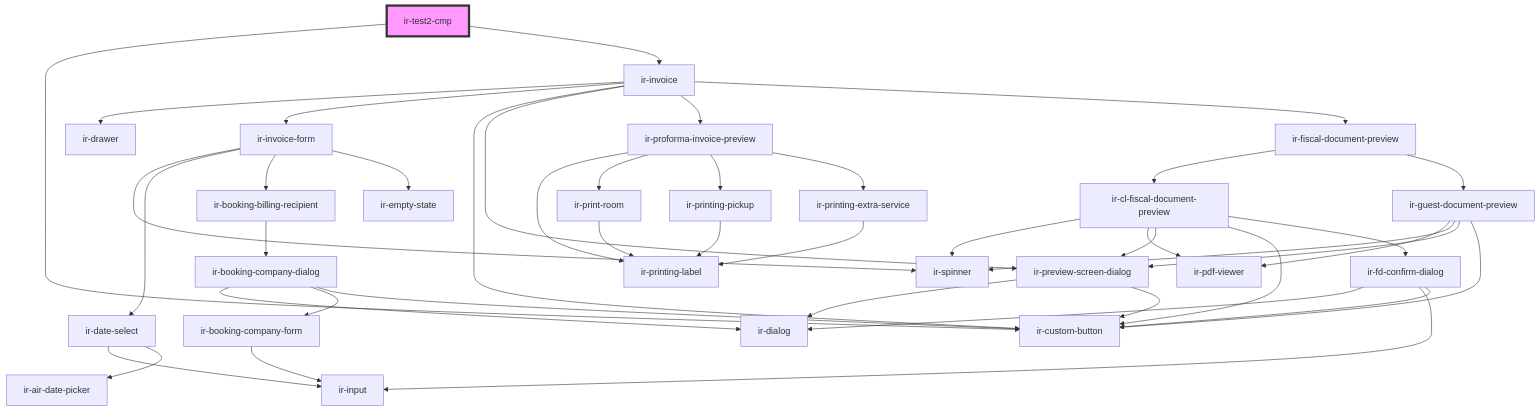
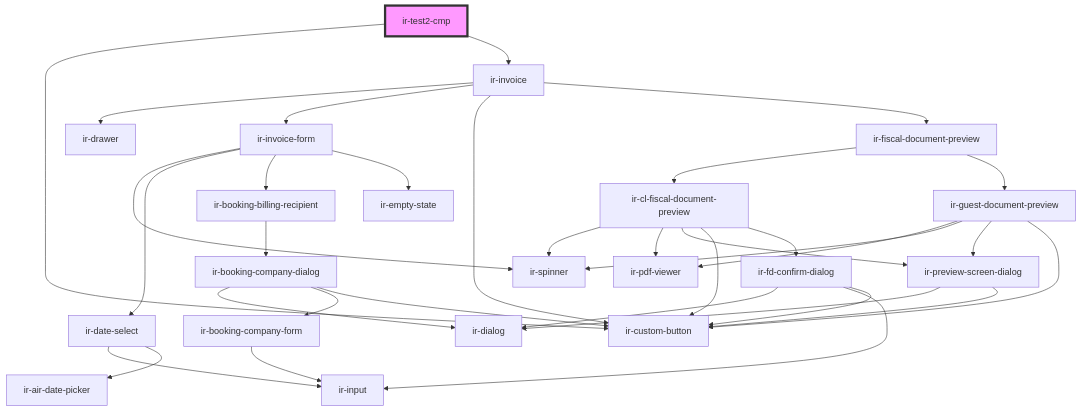
The diagram in src/components/ir-test-cmp/readme.md (RonyRizk/ir-webcmp), drawn with Mermaid before and after one commit. The commit also changed 31 other files, not shown here.

````diff
--- a/src/components/ir-test-cmp/readme.md
+++ b/src/components/ir-test-cmp/readme.md
@@ -16,46 +16,37 @@
 ```mermaid
 graph TD;
   ir-test2-cmp --> ir-custom-button
   ir-test2-cmp --> ir-invoice
   ir-invoice --> ir-drawer
   ir-invoice --> ir-invoice-form
   ir-invoice --> ir-custom-button
-  ir-invoice --> ir-preview-screen-dialog
-  ir-invoice --> ir-proforma-invoice-preview
   ir-invoice --> ir-fiscal-document-preview
   ir-invoice-form --> ir-spinner
   ir-invoice-form --> ir-date-select
   ir-invoice-form --> ir-booking-billing-recipient
   ir-invoice-form --> ir-empty-state
   ir-date-select --> ir-input
   ir-date-select --> ir-air-date-picker
   ir-booking-billing-recipient --> ir-booking-company-dialog
   ir-booking-company-dialog --> ir-dialog
   ir-booking-company-dialog --> ir-booking-company-form
   ir-booking-company-dialog --> ir-custom-button
   ir-booking-company-form --> ir-input
-  ir-preview-screen-dialog --> ir-dialog
-  ir-preview-screen-dialog --> ir-custom-button
-  ir-proforma-invoice-preview --> ir-printing-label
-  ir-proforma-invoice-preview --> ir-print-room
-  ir-proforma-invoice-preview --> ir-printing-pickup
-  ir-proforma-invoice-preview --> ir-printing-extra-service
-  ir-print-room --> ir-printing-label
-  ir-printing-pickup --> ir-printing-label
-  ir-printing-extra-service --> ir-printing-label
   ir-fiscal-document-preview --> ir-cl-fiscal-document-preview
   ir-fiscal-document-preview --> ir-guest-document-preview
   ir-cl-fiscal-document-preview --> ir-spinner
   ir-cl-fiscal-document-preview --> ir-pdf-viewer
   ir-cl-fiscal-document-preview --> ir-preview-screen-dialog
   ir-cl-fiscal-document-preview --> ir-custom-button
   ir-cl-fiscal-document-preview --> ir-fd-confirm-dialog
+  ir-preview-screen-dialog --> ir-dialog
+  ir-preview-screen-dialog --> ir-custom-button
   ir-fd-confirm-dialog --> ir-dialog
   ir-fd-confirm-dialog --> ir-input
   ir-fd-confirm-dialog --> ir-custom-button
   ir-guest-document-preview --> ir-pdf-viewer
   ir-guest-document-preview --> ir-spinner
   ir-guest-document-preview --> ir-preview-screen-dialog
   ir-guest-document-preview --> ir-custom-button
   style ir-test2-cmp fill:#f9f,stroke:#333,stroke-width:4px
 ```
````
